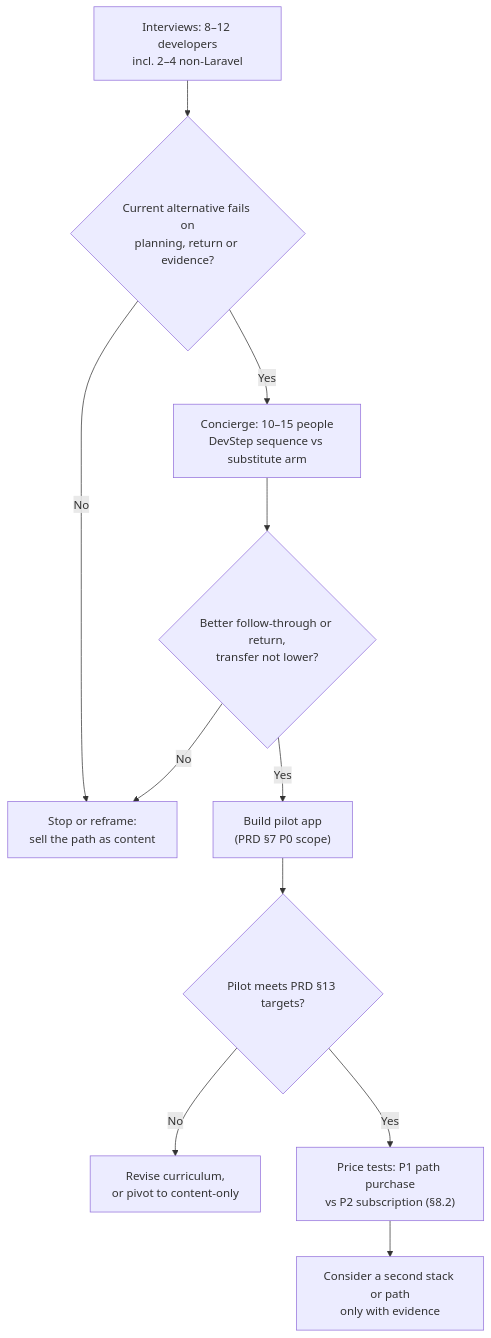
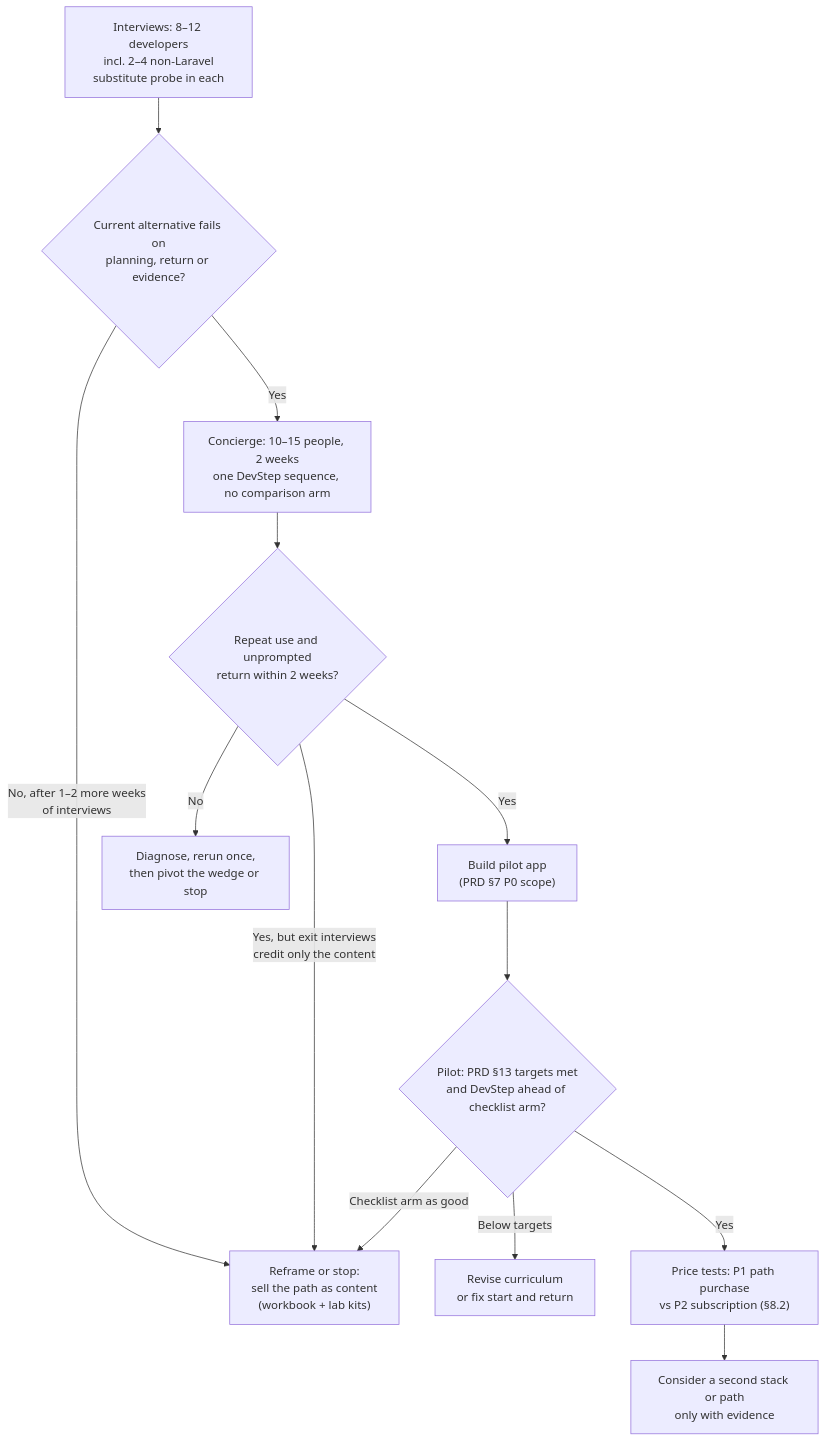
The diagram in devstep/docs/11-market-and-positioning.md (GhanshyamSoni68/app_idea), drawn with Mermaid before and after one commit. The commit also changed other lines of this file, not shown here.

````diff
--- a/devstep/docs/11-market-and-positioning.md
+++ b/devstep/docs/11-market-and-positioning.md
@@ -429,13 +467,15 @@
 ```mermaid
 flowchart TD
-    A["Interviews: 8–12 developers<br/>incl. 2–4 non-Laravel"] --> B{"Current alternative fails on<br/>planning, return or evidence?"}
-    B -->|No| X["Stop or reframe:<br/>sell the path as content"]
-    B -->|Yes| C["Concierge: 10–15 people<br/>DevStep sequence vs substitute arm"]
-    C --> D{"Better follow-through or return,<br/>transfer not lower?"}
-    D -->|No| X
+    A["Interviews: 8–12 developers<br/>incl. 2–4 non-Laravel<br/>substitute probe in each"] --> B{"Current alternative fails on<br/>planning, return or evidence?"}
+    B -->|"No, after 1–2 more weeks<br/>of interviews"| X["Reframe or stop:<br/>sell the path as content<br/>(workbook + lab kits)"]
+    B -->|Yes| C["Concierge: 10–15 people, 2 weeks<br/>one DevStep sequence, no comparison arm"]
+    C --> D{"Repeat use and unprompted<br/>return within 2 weeks?"}
+    D -->|No| R["Diagnose, rerun once,<br/>then pivot the wedge or stop"]
+    D -->|"Yes, but exit interviews<br/>credit only the content"| X
     D -->|Yes| E["Build pilot app<br/>(PRD §7 P0 scope)"]
-    E --> F{"Pilot meets PRD §13 targets?"}
-    F -->|No| G["Revise curriculum,<br/>or pivot to content-only"]
+    E --> F{"Pilot: PRD §13 targets met<br/>and DevStep ahead of checklist arm?"}
+    F -->|"Checklist arm as good"| X
+    F -->|"Below targets"| G["Revise curriculum<br/>or fix start and return"]
     F -->|Yes| H["Price tests: P1 path purchase<br/>vs P2 subscription (§8.2)"]
     H --> I["Consider a second stack or path<br/>only with evidence"]
 ```
````
